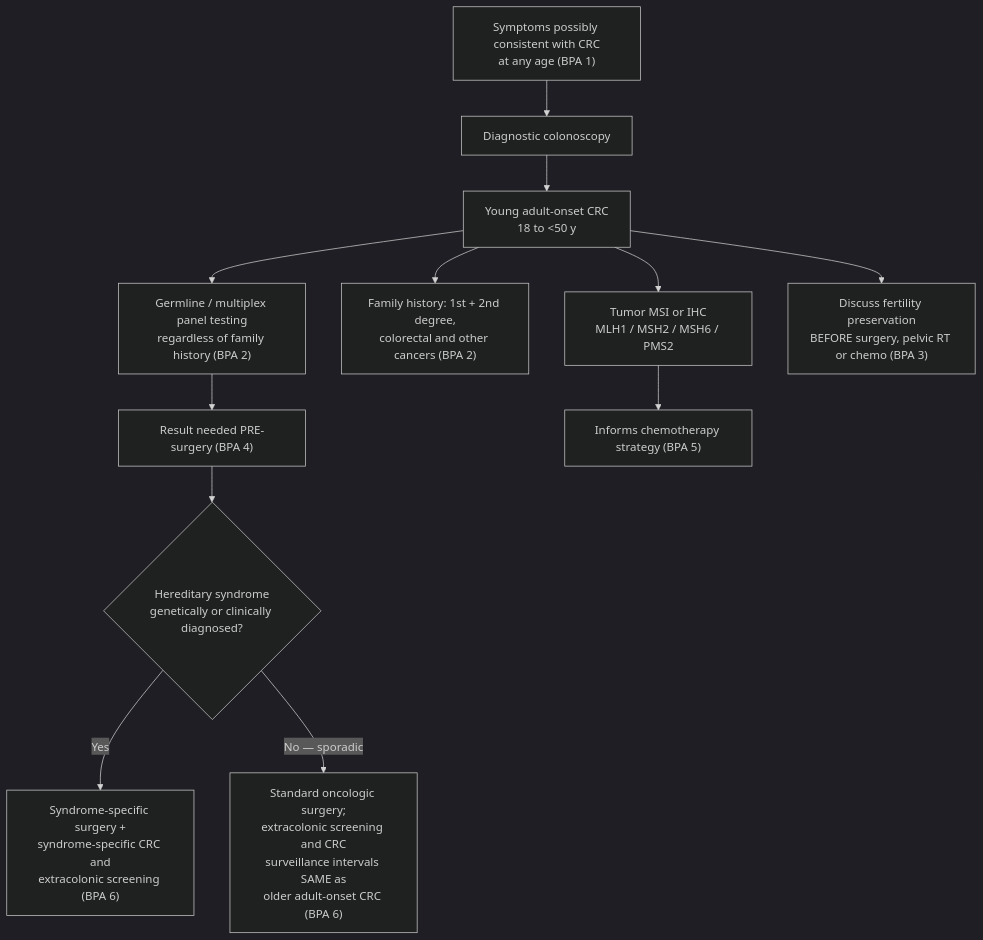
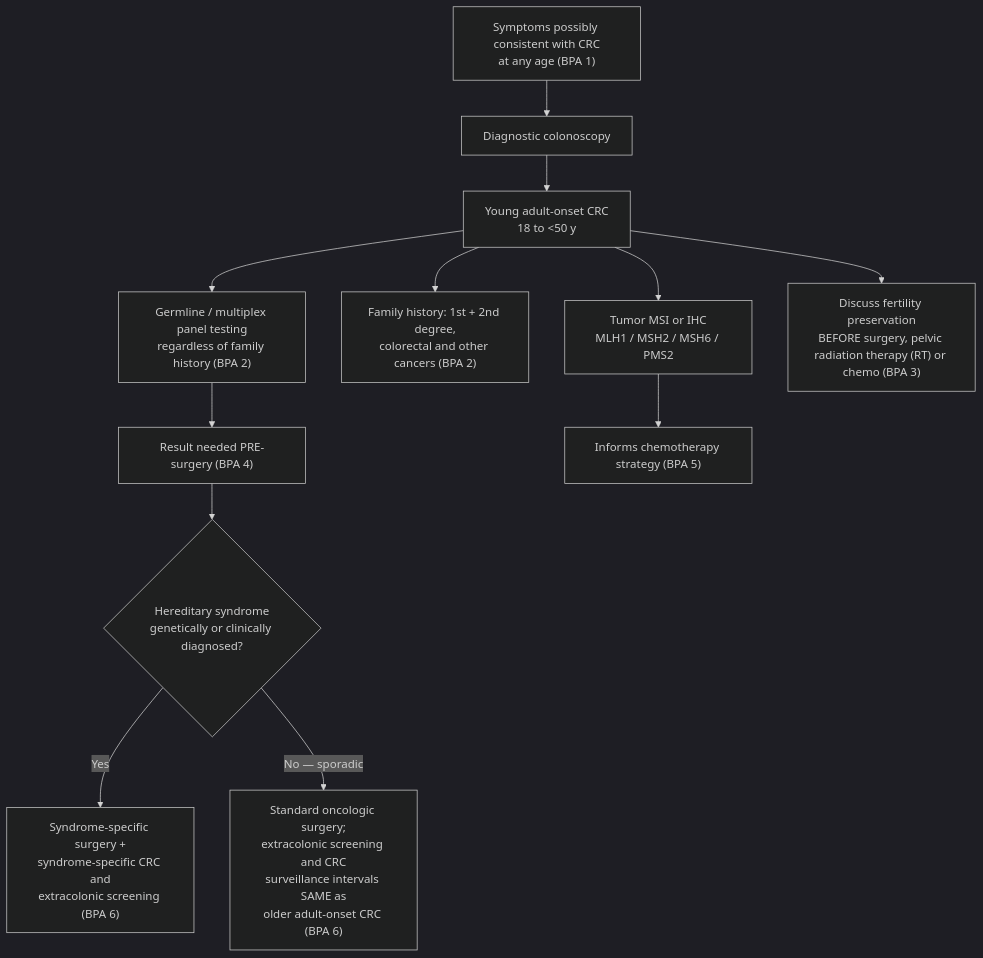
One commit to KHNickLeMD/KHNL-GI-Wiki changed the diagram in KHNL-GI-Wiki/wiki/1-disease-scripts/colorectal-diseases/lesions-malignancy/early-onset-colorectal-cancer.md. Above: the diagram before and after it, drawn with Mermaid (dark theme). The commit also changed other lines of this file and 620 other files, not shown here.

````diff
--- a/KHNL-GI-Wiki/wiki/1-disease-scripts/colorectal-diseases/lesions-malignancy/early-onset-colorectal-cancer.md
+++ b/KHNL-GI-Wiki/wiki/1-disease-scripts/colorectal-diseases/lesions-malignancy/early-onset-colorectal-cancer.md
@@ -153,14 +153,14 @@
 ```mermaid
 flowchart TD
     A["Symptoms possibly consistent with CRC<br/>at any age (BPA 1)"] --> B["Diagnostic colonoscopy"]
     B --> C["Young adult-onset CRC<br/>18 to <50 y"]
     C --> D["Tumor MSI or IHC<br/>MLH1 / MSH2 / MSH6 / PMS2"]
     C --> E["Family history: 1st + 2nd degree,<br/>colorectal and other cancers (BPA 2)"]
     C --> F["Germline / multiplex panel testing<br/>regardless of family history (BPA 2)"]
     F --> G["Result needed PRE-surgery (BPA 4)"]
-    C --> H["Discuss fertility preservation<br/>BEFORE surgery, pelvic RT or chemo (BPA 3)"]
+    C --> H["Discuss fertility preservation<br/>BEFORE surgery, pelvic radiation therapy (RT) or chemo (BPA 3)"]
     G --> I{"Hereditary syndrome<br/>genetically or clinically diagnosed?"}
     D --> J["Informs chemotherapy strategy (BPA 5)"]
     I -->|Yes| K["Syndrome-specific surgery +<br/>syndrome-specific CRC and<br/>extracolonic screening (BPA 6)"]
     I -->|No — sporadic| L["Standard oncologic surgery;<br/>extracolonic screening and CRC<br/>surveillance intervals SAME as<br/>older adult-onset CRC (BPA 6)"]
 ```
````
